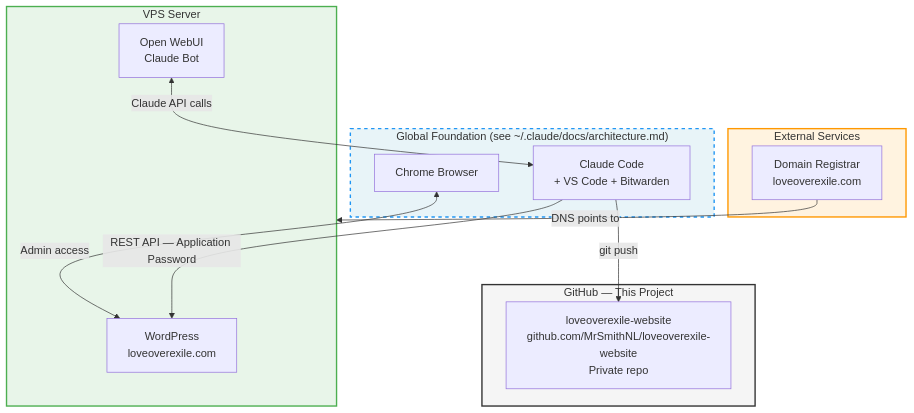
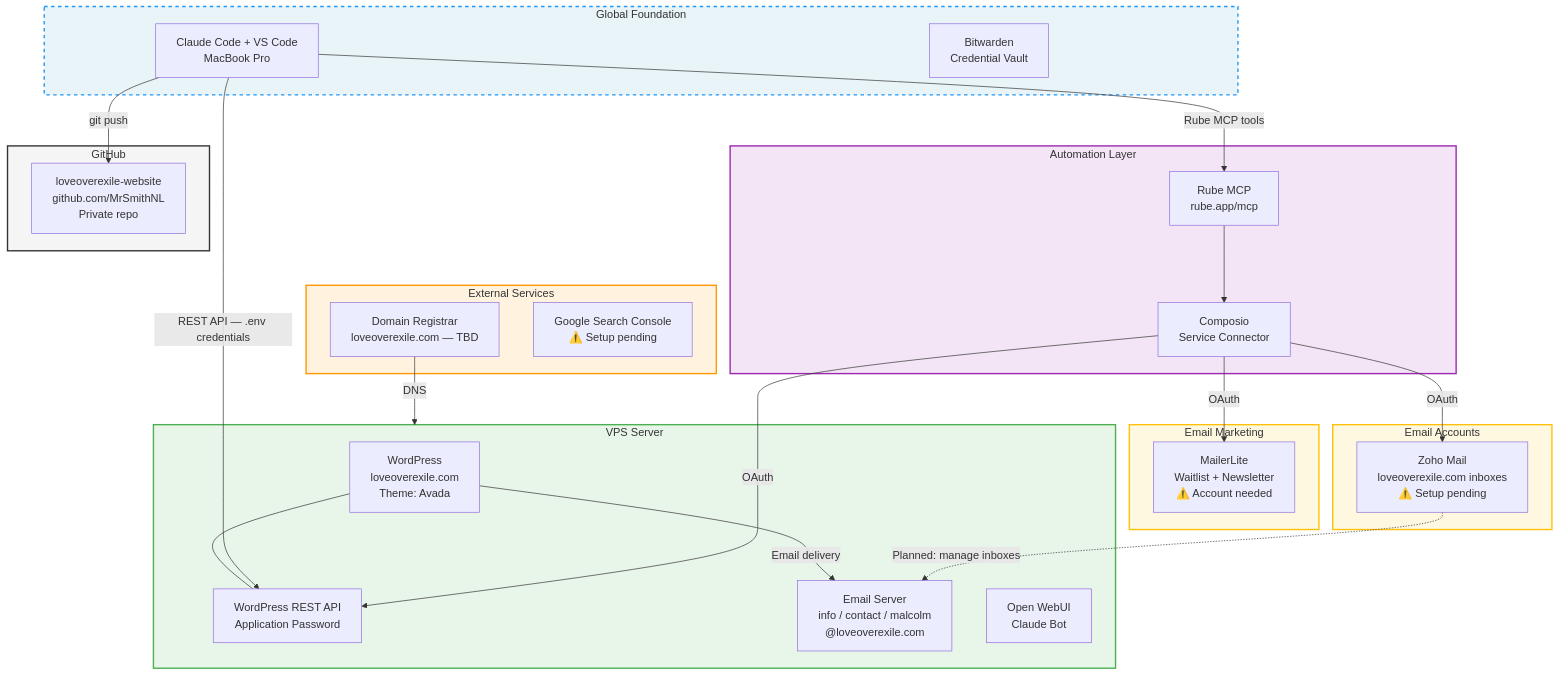
The diagram in docs/architecture.md (MrSmithNL/loveoverexile-website), drawn with Mermaid before and after one commit. The commit also changed other lines of this file and 1 other file, not shown here.

First line of the commit message:
Update architecture + add auto-maintenance rule

````diff
--- a/docs/architecture.md
+++ b/docs/architecture.md
@@ -13,31 +13,56 @@
 ```mermaid
 graph TD
-    subgraph GLOBAL["Global Foundation (see ~/.claude/docs/architecture.md)"]
-        CC[Claude Code<br/>+ VS Code + Bitwarden]
-        BROWSER[Chrome Browser]
+    subgraph GLOBAL["Global Foundation"]
+        CC[Claude Code + VS Code<br/>MacBook Pro]
+        BW[Bitwarden<br/>Credential Vault]
+    end
+
+    subgraph AUTOMATION["Automation Layer"]
+        RUBE[Rube MCP<br/>rube.app/mcp]
+        COMPOSIO[Composio<br/>Service Connector]
+        RUBE --> COMPOSIO
     end
 
     subgraph VPS["VPS Server"]
-        WP[WordPress<br/>loveoverexile.com]
+        WP[WordPress<br/>loveoverexile.com<br/>Theme: Avada]
+        WPAPI[WordPress REST API<br/>Application Password]
+        EMAIL_SRV[Email Server<br/>info / contact / malcolm<br/>@loveoverexile.com]
         OWUI[Open WebUI<br/>Claude Bot]
+        WP --- WPAPI
     end
 
-    subgraph GITHUB_PROJECT["GitHub — This Project"]
-        REPO[loveoverexile-website<br/>github.com/MrSmithNL/loveoverexile-website<br/>Private repo]
+    subgraph EMAIL_MARKETING["Email Marketing"]
+        ML[MailerLite<br/>Waitlist + Newsletter<br/>⚠️ Account needed]
+    end
+
+    subgraph EMAIL_ACCOUNTS["Email Accounts"]
+        ZOHO[Zoho Mail<br/>loveoverexile.com inboxes<br/>⚠️ Setup pending]
+    end
+
+    subgraph GITHUB_PROJECT["GitHub"]
+        REPO[loveoverexile-website<br/>github.com/MrSmithNL<br/>Private repo]
     end
 
     subgraph EXTERNAL["External Services"]
-        DOMAIN[Domain Registrar<br/>loveoverexile.com]
+        DOMAIN[Domain Registrar<br/>loveoverexile.com — TBD]
+        GSC[Google Search Console<br/>⚠️ Setup pending]
     end
 
     CC -->|git push| REPO
-    BROWSER <-->|Admin access| WP
-    CC -->|REST API — Application Password| WP
-    DOMAIN -->|DNS points to| VPS
-    OWUI <-->|Claude API calls| CC
+    CC -->|REST API — .env credentials| WPAPI
+    CC -->|Rube MCP tools| RUBE
+    COMPOSIO -->|OAuth| ZOHO
+    COMPOSIO -->|OAuth| ML
+    COMPOSIO -->|OAuth| WPAPI
+    DOMAIN -->|DNS| VPS
+    WP -->|Email delivery| EMAIL_SRV
+    ZOHO -.->|Planned: manage inboxes| EMAIL_SRV
 
     style GLOBAL fill:#e8f4f8,stroke:#2196F3,stroke-width:2px,stroke-dasharray:5 5
+    style AUTOMATION fill:#f3e5f5,stroke:#9C27B0,stroke-width:2px
     style VPS fill:#e8f5e9,stroke:#4CAF50,stroke-width:2px
+    style EMAIL_MARKETING fill:#fff8e1,stroke:#FFC107,stroke-width:2px
+    style EMAIL_ACCOUNTS fill:#fff8e1,stroke:#FFC107,stroke-width:2px
     style GITHUB_PROJECT fill:#f5f5f5,stroke:#333,stroke-width:2px
     style EXTERNAL fill:#fff3e0,stroke:#FF9800,stroke-width:2px
 ```
````
